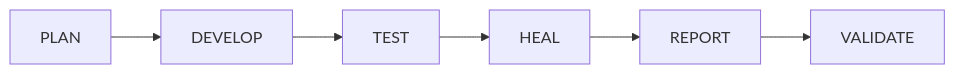
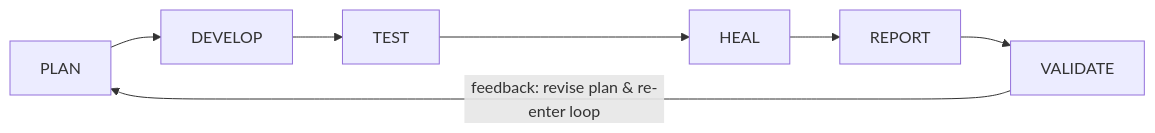
The first of 4 diagrams in README.md (loveautomate/ai-qa-agent), drawn with Mermaid before and after one commit. The commit also changed other lines of this file, not shown here.

First line of the commit message:
docs(README): mermaid feedback VALIDATE→PLAN; git branch push and main flow

````diff
--- a/README.md
+++ b/README.md
@@ -17,8 +19,9 @@
 ```mermaid
 flowchart LR
   A[PLAN] --> B[DEVELOP]
   B --> C[TEST]
   C --> D[HEAL]
   D --> E[REPORT]
   E --> F[VALIDATE]
+  F -->|feedback: revise plan & re-enter loop| A
 ```
````
